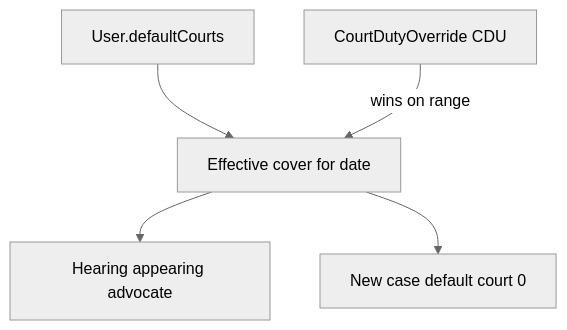
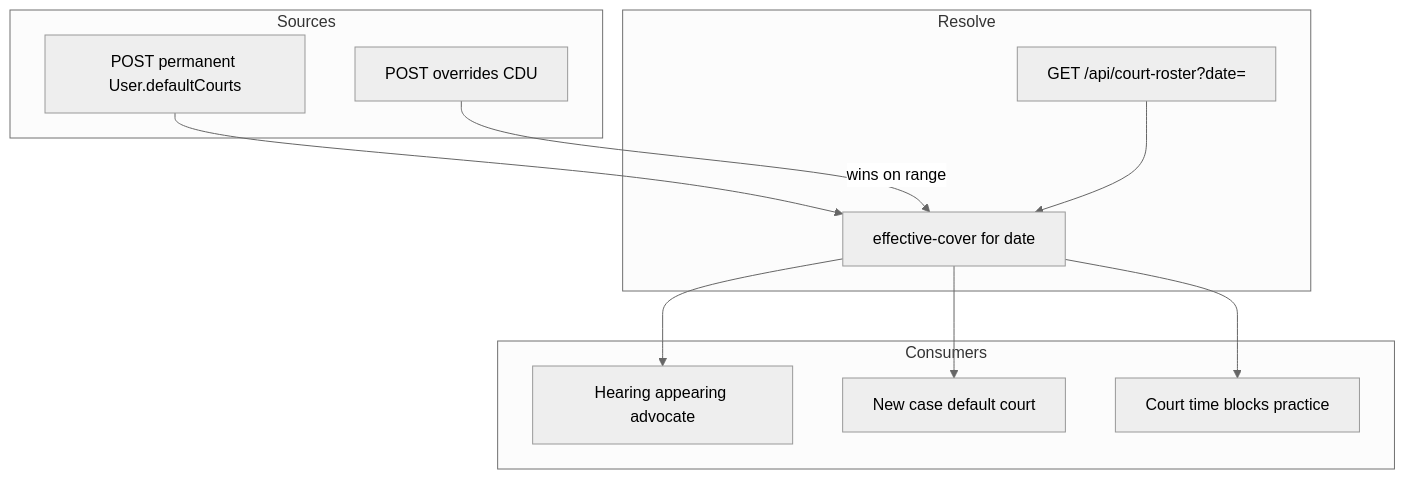
The first of 2 diagrams in docs/mlf flows/court_roster_flow.md (psmpasupathi009/mlf), drawn with Mermaid (neutral theme) before and after one commit. The commit also changed other lines of this file and 52 other files, not shown here.

````diff
--- a/docs/mlf flows/court_roster_flow.md
+++ b/docs/mlf flows/court_roster_flow.md
@@ -12,7 +7,25 @@
 ```mermaid
 flowchart TD
-  perm["User.defaultCourts"] --> effective["Effective cover for date"]
-  cdu["CourtDutyOverride CDU"] -->|"wins on range"| effective
-  effective --> hearings["Hearing appearing advocate"]
-  effective --> newCase["New case default court 0"]
+  subgraph sources [Sources]
+    perm["POST permanent User.defaultCourts"]
+    cdu["POST overrides CDU"]
+  end
+
+  subgraph resolve [Resolve]
+    view["GET /api/court-roster?date="]
+    effective["effective-cover for date"]
+  end
+
+  subgraph consumers [Consumers]
+    hearings["Hearing appearing advocate"]
+    newCase["New case default court"]
+    blocks["Court time blocks practice"]
+  end
+
+  perm --> effective
+  cdu -->|"wins on range"| effective
+  view --> effective
+  effective --> hearings
+  effective --> newCase
+  effective --> blocks
 ```
````
